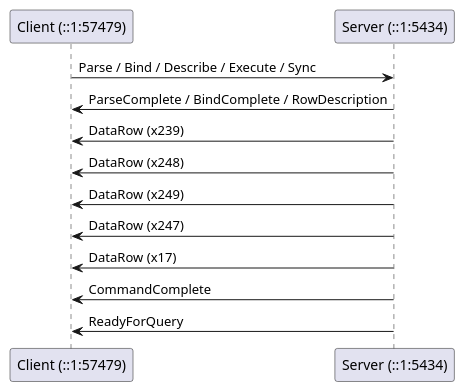
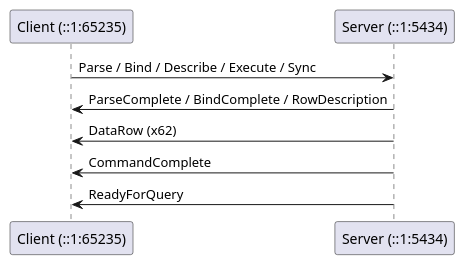
One commit to xfischer/pg_protoexport changed the diagram in docs/examples/exports/pagila-07-execute-with-maxrows-0-portalsuspended/capture.plantuml.seq.md. Above: the diagram before and after it, drawn with PlantUML. The commit also changed 135 other files, not shown here.

````diff
--- a/docs/examples/exports/pagila-07-execute-with-maxrows-0-portalsuspended/capture.plantuml.seq.md
+++ b/docs/examples/exports/pagila-07-execute-with-maxrows-0-portalsuspended/capture.plantuml.seq.md
@@ -2,15 +2,11 @@
 ```plantuml
 @startuml
-participant "Client (::1:57479)" as C
+participant "Client (::1:65235)" as C
 participant "Server (::1:5434)" as S
 C -> S : Parse / Bind / Describe / Execute / Sync
 S -> C : ParseComplete / BindComplete / RowDescription
-S -> C : DataRow (x239)
-S -> C : DataRow (x248)
-S -> C : DataRow (x249)
-S -> C : DataRow (x247)
-S -> C : DataRow (x17)
+S -> C : DataRow (x62)
 S -> C : CommandComplete
 S -> C : ReadyForQuery
 @enduml
 ```
````
